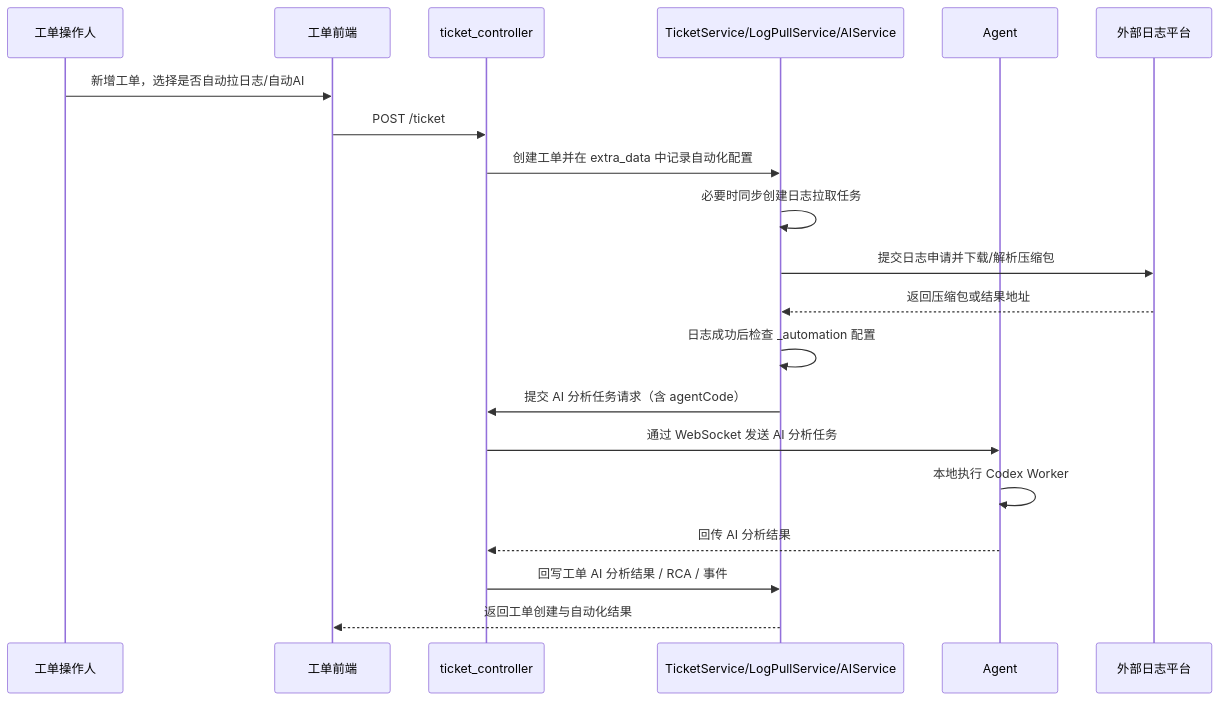
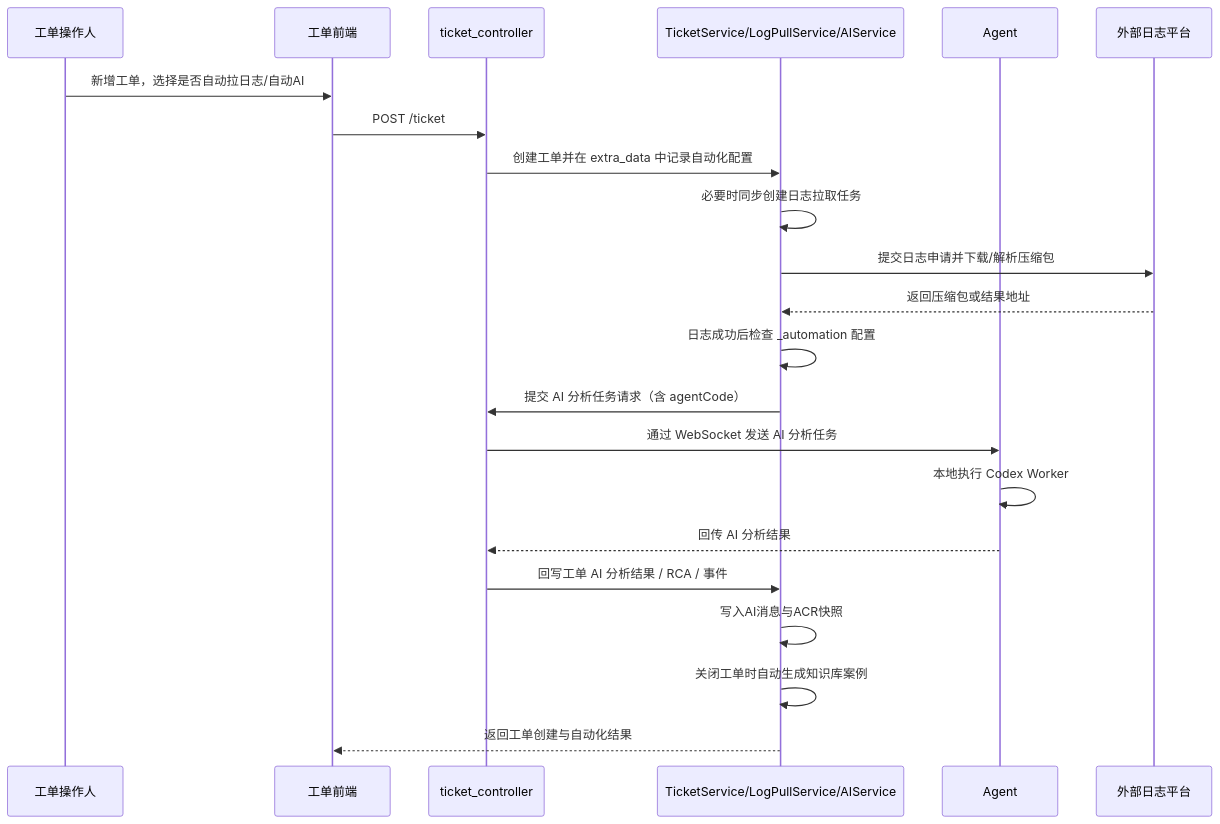
The diagram in wiki/flows/ticket-automation-flow.md (diaodeng/ApiTestPlatform), drawn with Mermaid before and after one commit. The commit also changed other lines of this file and 14 other files, not shown here.

````diff
--- a/wiki/flows/ticket-automation-flow.md
+++ b/wiki/flows/ticket-automation-flow.md
@@ -26,23 +26,25 @@
 ```mermaid
 sequenceDiagram
   participant U as 工单操作人
   participant W as 工单前端
   participant C as ticket_controller
   participant S as TicketService/LogPullService/AIService
   participant A as Agent
   participant X as 外部日志平台
 
   U->>W: 新增工单，选择是否自动拉日志/自动AI
   W->>C: POST /ticket
   C->>S: 创建工单并在 extra_data 中记录自动化配置
   S->>S: 必要时同步创建日志拉取任务
   S->>X: 提交日志申请并下载/解析压缩包
   X-->>S: 返回压缩包或结果地址
   S->>S: 日志成功后检查 _automation 配置
   S->>C: 提交 AI 分析任务请求（含 agentCode）
   C->>A: 通过 WebSocket 发送 AI 分析任务
   A->>A: 本地执行 Codex Worker
   A-->>C: 回传 AI 分析结果
   C->>S: 回写工单 AI 分析结果 / RCA / 事件
+  S->>S: 写入AI消息与ACR快照
+  S->>S: 关闭工单时自动生成知识库案例
   S-->>W: 返回工单创建与自动化结果
 ```
````
